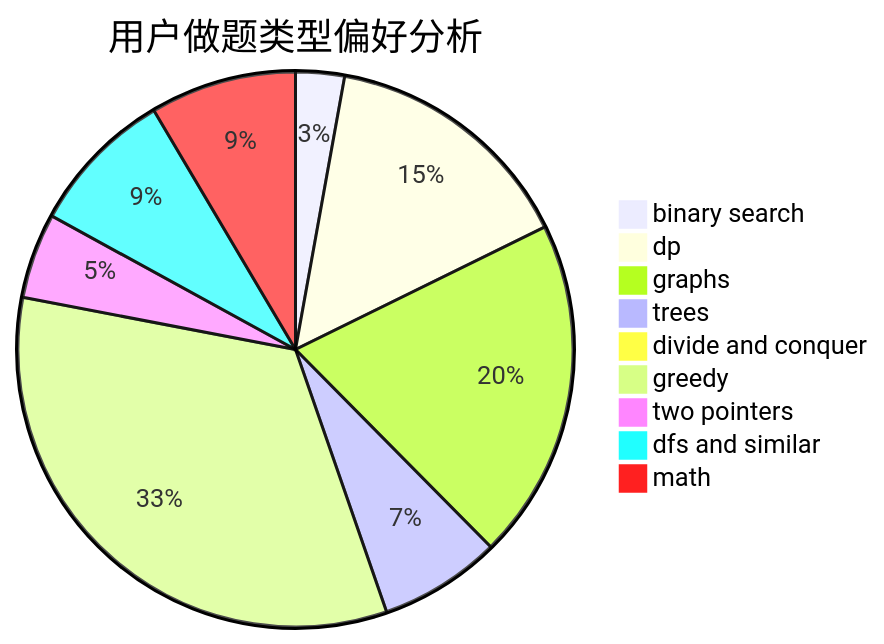
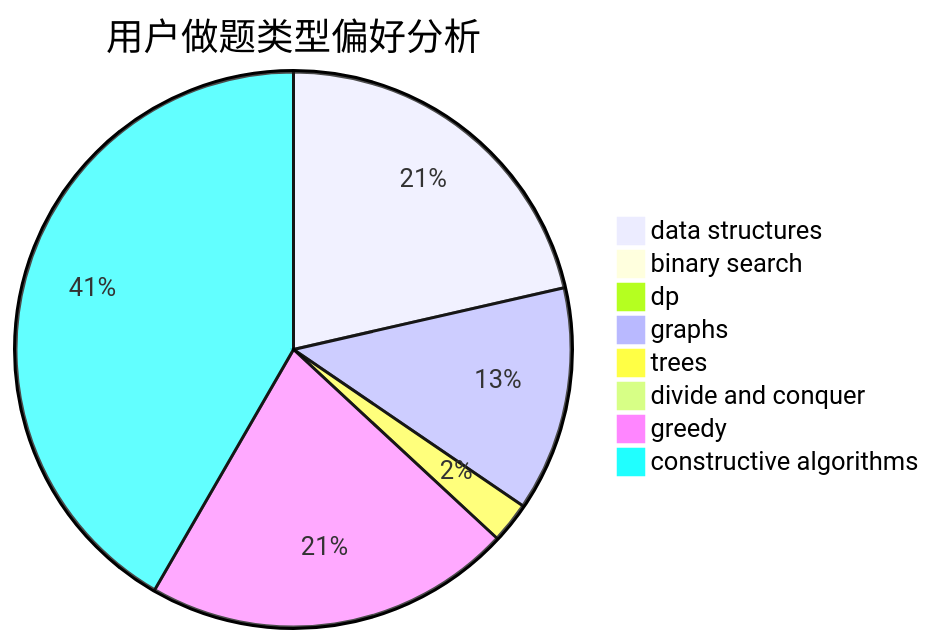
The second of 3 diagrams in docs/user/u1583.md (sherpahu/cfrs.github.io), drawn with Mermaid before and after one commit. The commit also changed other lines of this file and 2775 other files, not shown here.

````diff
--- a/docs/user/u1583.md
+++ b/docs/user/u1583.md
@@ -23,12 +23,11 @@
 ```mermaid
 pie title 用户做题类型偏好分析
-    "binary search" :  4
-    "dp" :  21
-    "graphs" :  28
-    "trees" :  10
+    "data structures" :  36
+    "binary search" :  0
+    "dp" :  1
+    "graphs" :  22
+    "trees" :  4
     "divide and conquer" :  0
-    "greedy" :  47
-    "two pointers" :  7
-    "dfs and similar" :  12
-    "math" :  12
+    "greedy" :  36
+    "constructive algorithms" :  70
 ```
````
